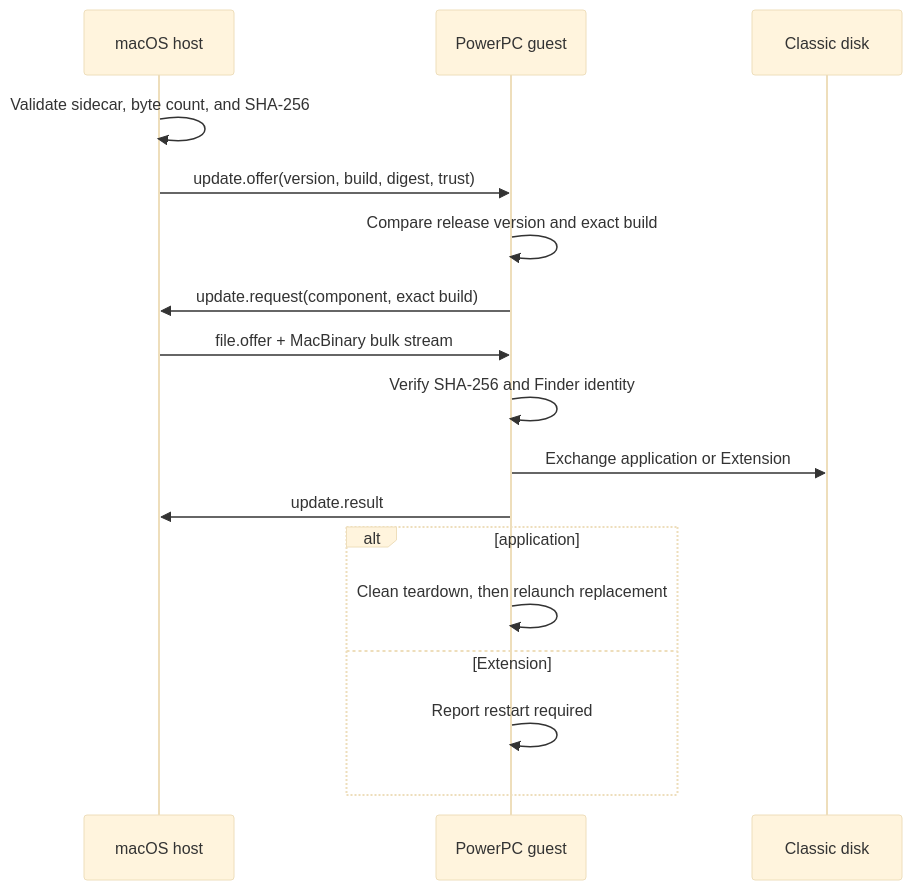
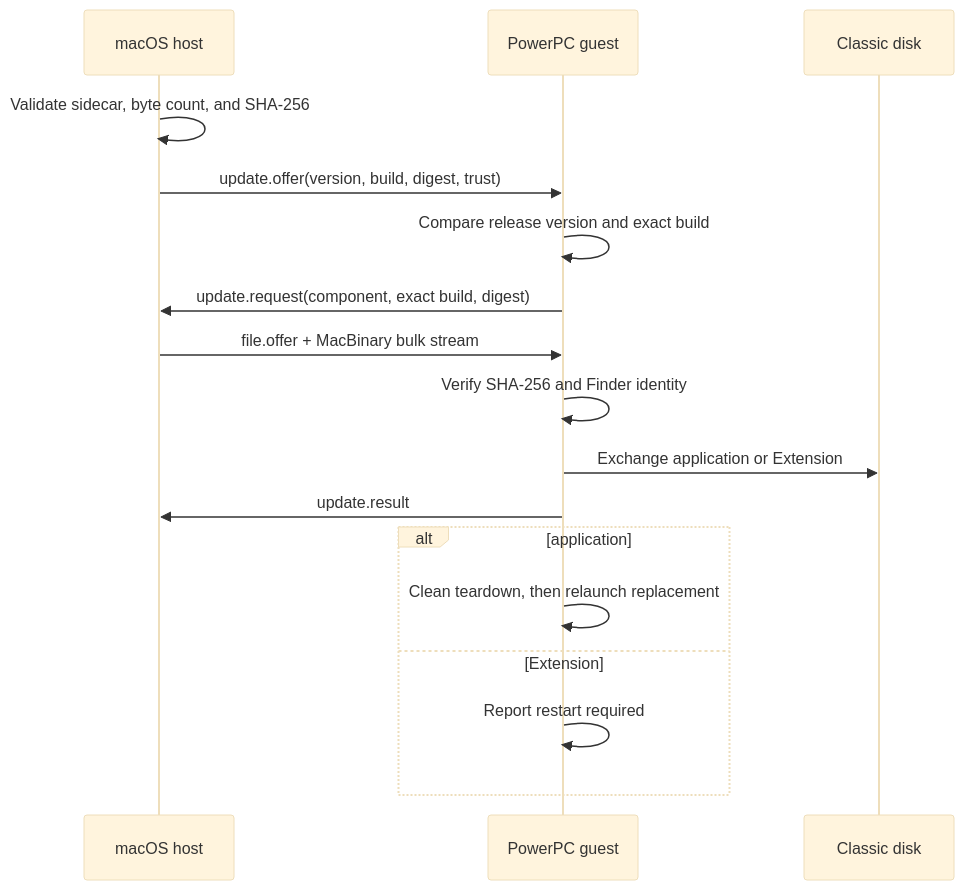
The diagram in docs/developer-guide/architecture/updating.md (thisoldmac/new-old-world), drawn with Mermaid (base theme) before and after one commit. The commit also changed other lines of this file and 42 other files, not shown here.

````diff
--- a/docs/developer-guide/architecture/updating.md
+++ b/docs/developer-guide/architecture/updating.md
@@ -20,19 +20,19 @@
 ```mermaid
 sequenceDiagram
   participant H as macOS host
   participant G as PowerPC guest
   participant D as Classic disk
   H->>H: Validate sidecar, byte count, and SHA-256
   H->>G: update.offer(version, build, digest, trust)
   G->>G: Compare release version and exact build
-  G->>H: update.request(component, exact build)
+  G->>H: update.request(component, exact build, digest)
   H->>G: file.offer + MacBinary bulk stream
   G->>G: Verify SHA-256 and Finder identity
   G->>D: Exchange application or Extension
   G->>H: update.result
   alt application
     G->>G: Clean teardown, then relaunch replacement
   else Extension
     G->>G: Report restart required
   end
 ```
````
